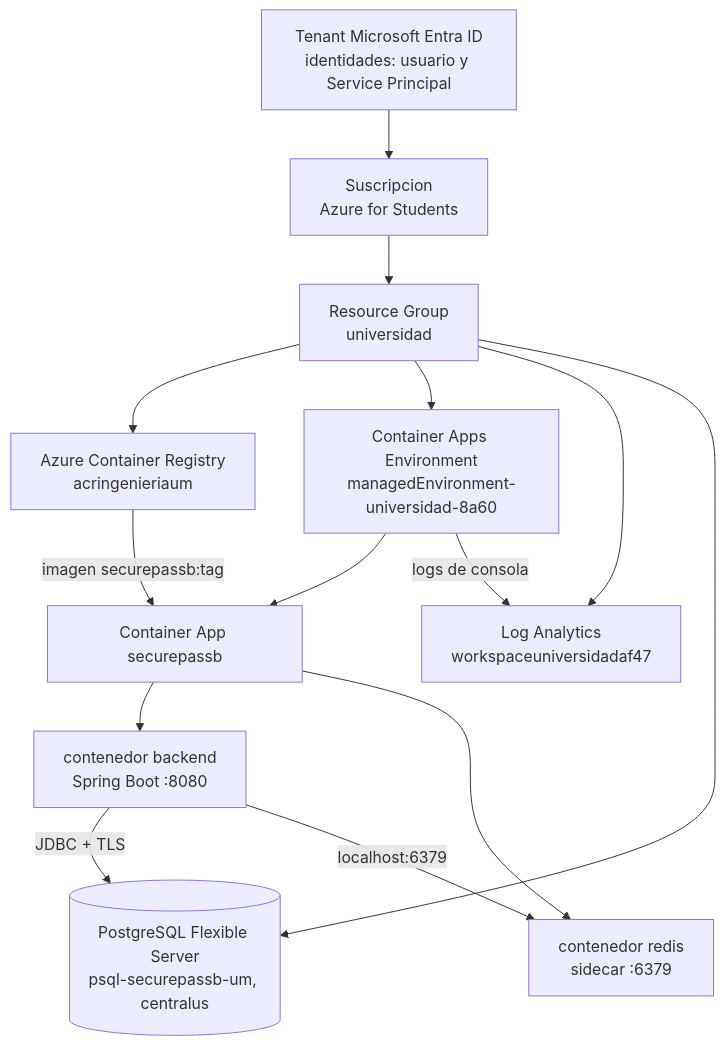
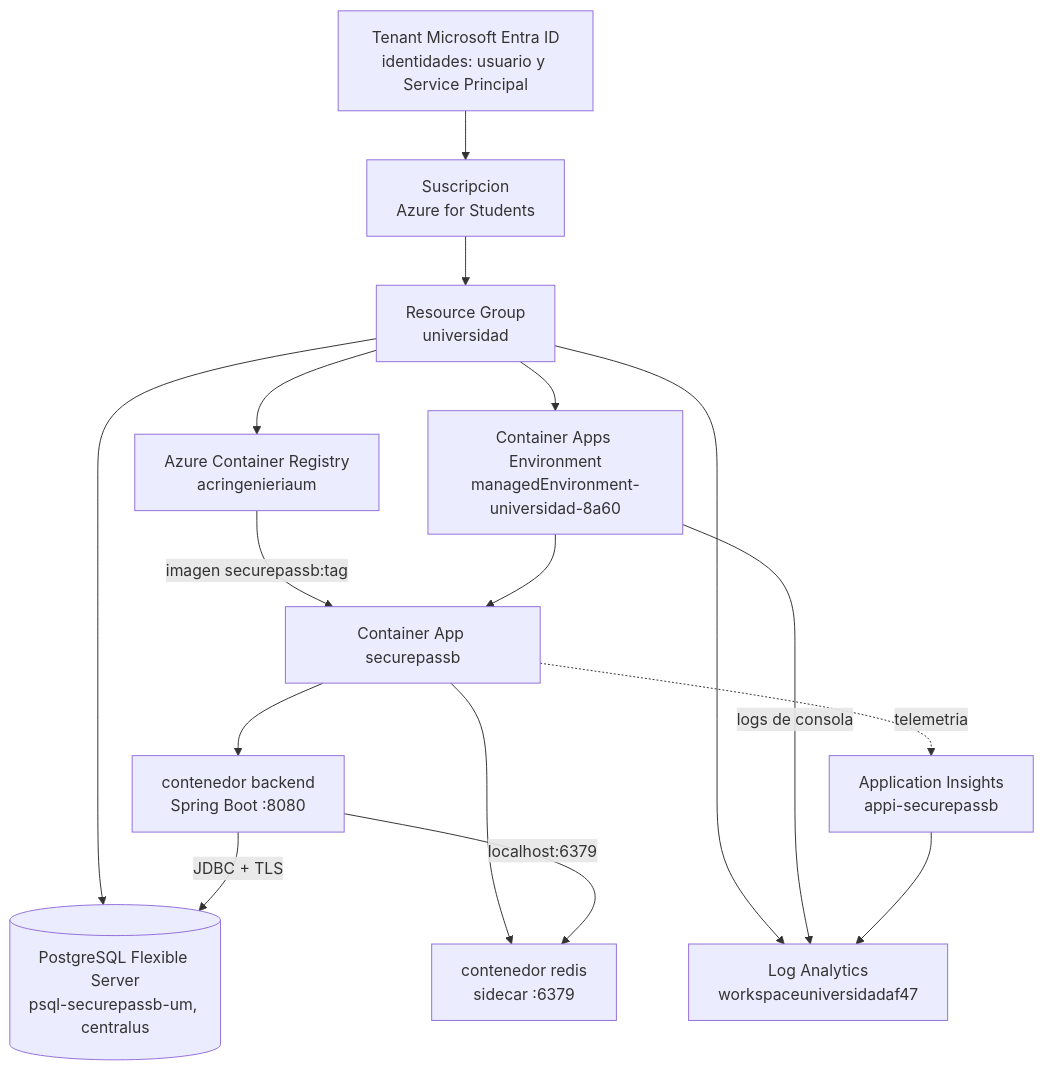
Before and after one commit to Menguitahh/acr-securepassb: the first of 3 diagrams in docs/azure.md, drawn with Mermaid. The commit also changed other lines of this file and 5 other files, not shown here.

First line of the commit message:
feat(admin): monitoreo con application insights (#25)

````diff
--- a/docs/azure.md
+++ b/docs/azure.md
@@ -11,16 +11,17 @@
 ```mermaid
 flowchart TD
     T[Tenant Microsoft Entra ID<br/>identidades: usuario y Service Principal] --> S
     S[Suscripcion<br/>Azure for Students] --> RG[Resource Group<br/>universidad]
     RG --> ACR[Azure Container Registry<br/>acringenieriaum]
     RG --> ENV[Container Apps Environment<br/>managedEnvironment-universidad-8a60]
     RG --> LAW[Log Analytics<br/>workspaceuniversidadaf47]
     RG --> PG[(PostgreSQL Flexible Server<br/>psql-securepassb-um, centralus)]
     ACR -->|imagen securepassb:tag| APP
     ENV --> APP[Container App securepassb]
     APP --> BE[contenedor backend<br/>Spring Boot :8080]
     APP --> RD[contenedor redis<br/>sidecar :6379]
     BE -->|JDBC + TLS| PG
     BE -->|localhost:6379| RD
     ENV -->|logs de consola| LAW
+    APP -.->|telemetria| AI[Application Insights<br/>appi-securepassb] --> LAW
 ```
````
